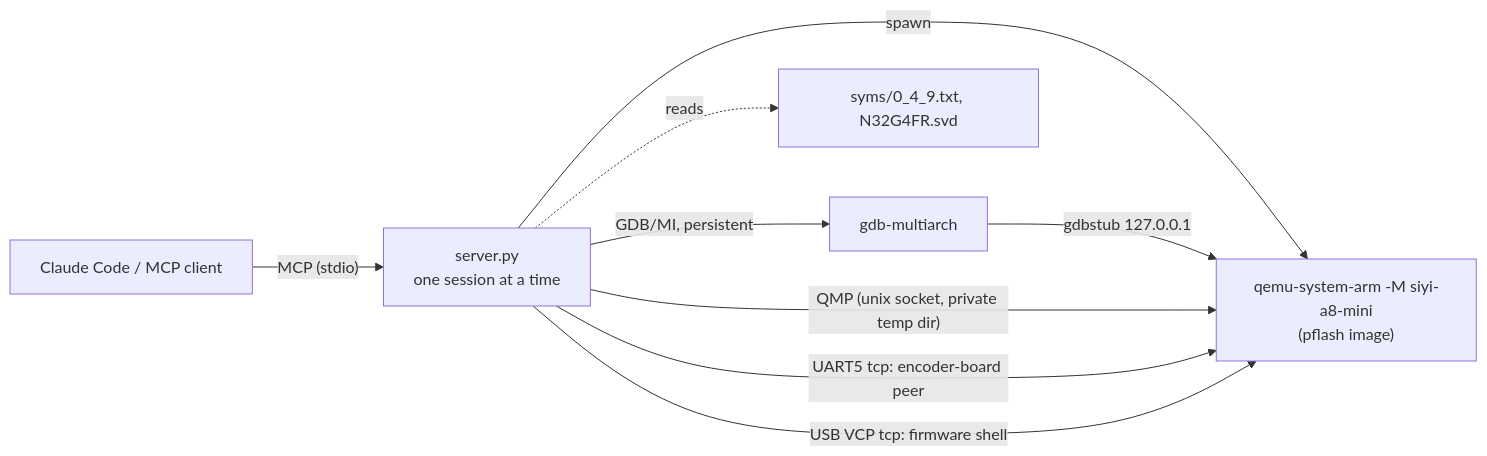
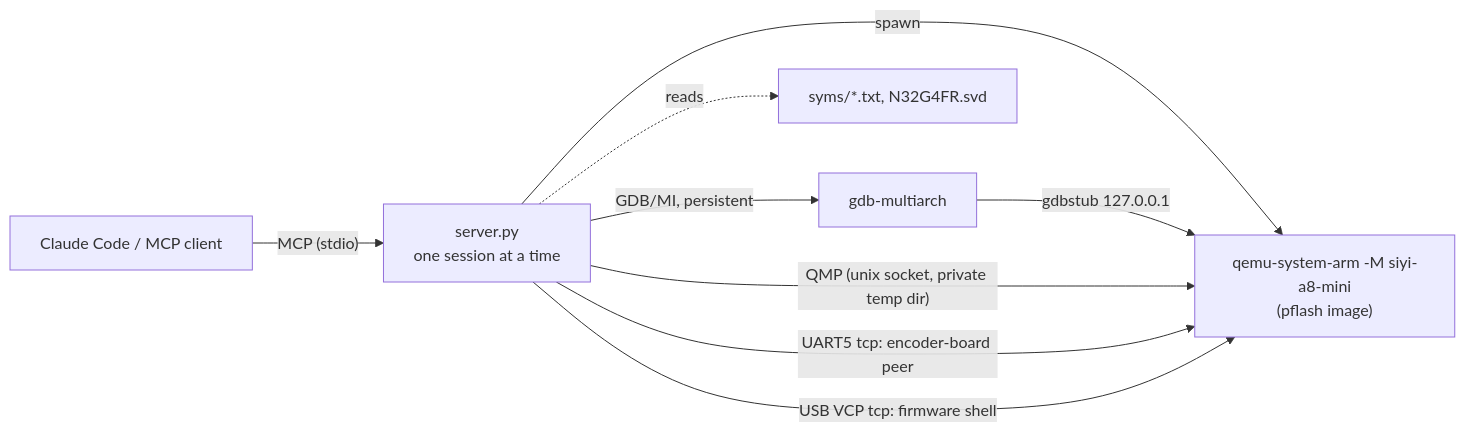
Before and after one commit to yshestakov/qemu_mcp: the diagram in README.md, drawn with Mermaid. The commit also changed other lines of this file and 6 other files, not shown here.

Commit message:
feat: Added support for syms/bootloader.txt

````diff
--- a/README.md
+++ b/README.md
@@ -8,10 +8,10 @@
 ```mermaid
 flowchart LR
     A["Claude Code / MCP client"] -- "MCP (stdio)" --> M["server.py<br/>one session at a time"]
     M -- spawn --> Q["qemu-system-arm -M siyi-a8-mini<br/>(pflash image)"]
     M -- "GDB/MI, persistent" --> G[gdb-multiarch] -- "gdbstub 127.0.0.1" --> Q
     M -- "QMP (unix socket, private temp dir)" --> Q
     M -- "UART5 tcp: encoder-board peer" --> Q
     M -- "USB VCP tcp: firmware shell" --> Q
-    M -. reads .-> D["syms/0_4_9.txt, N32G4FR.svd"]
+    M -. reads .-> D["syms/*.txt, N32G4FR.svd"]
 ```
````
